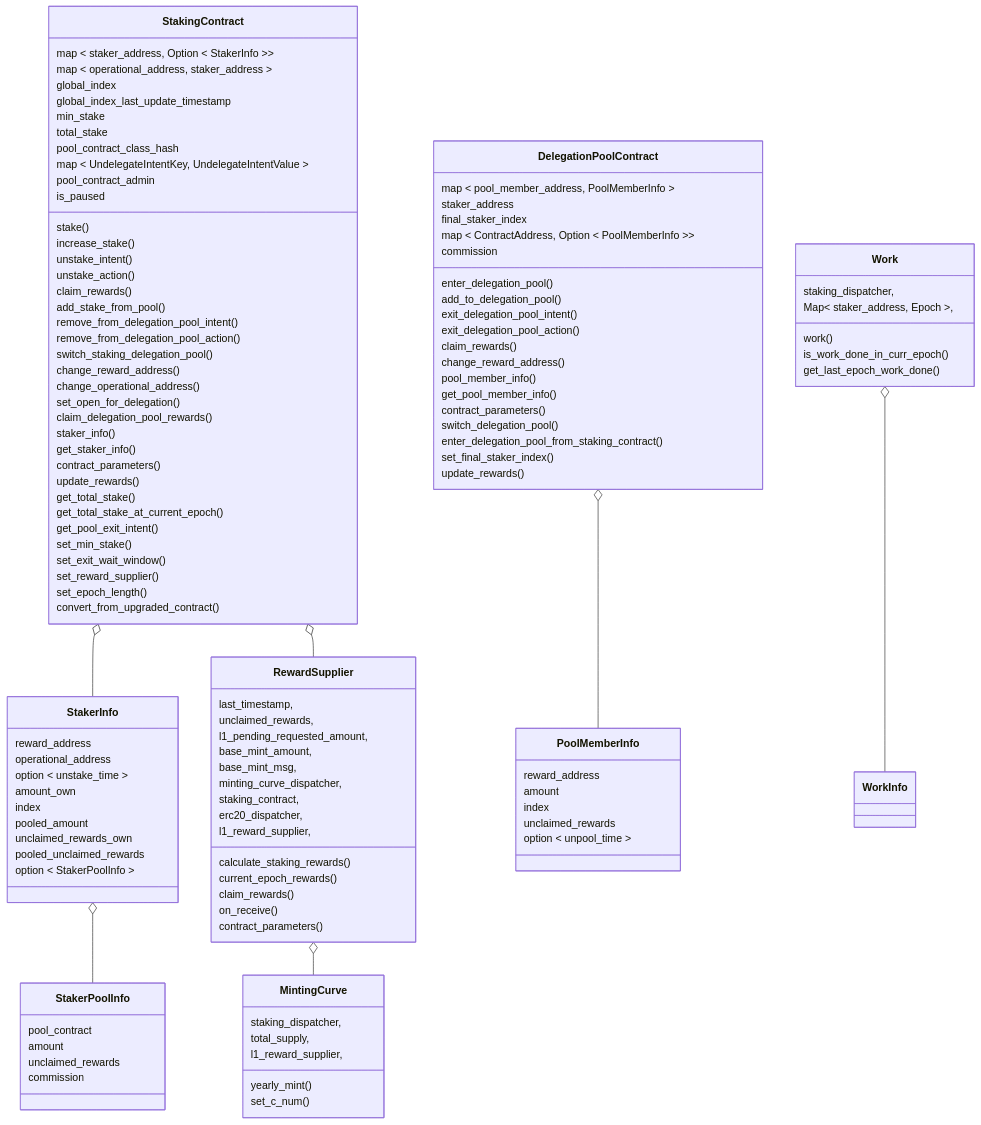
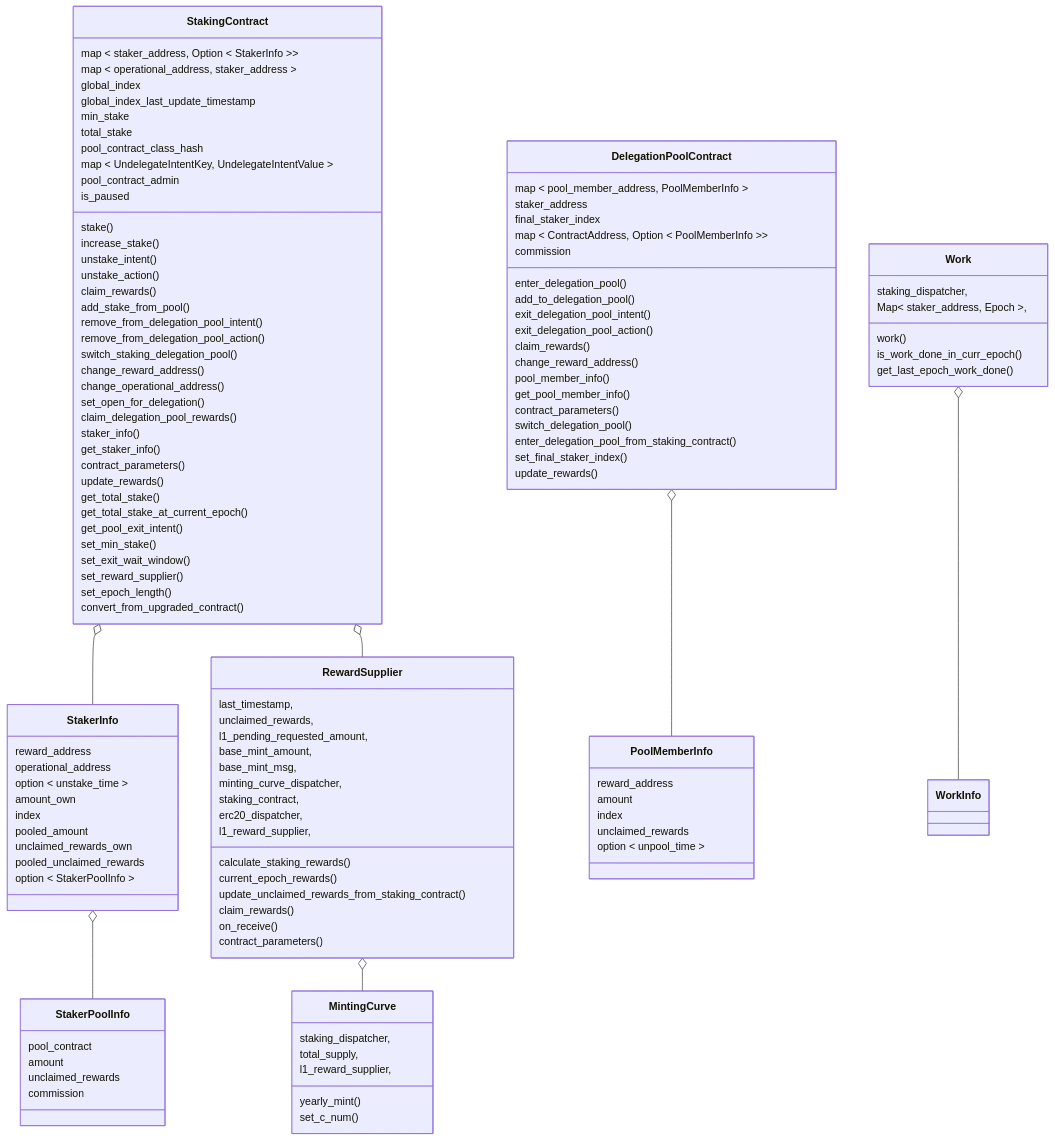
One commit to starkware-libs/starknet-staking changed the first of 8 diagrams in workspace/apps/staking/docs/spec.md. Above: the diagram before and after it, drawn with Mermaid. The commit also changed other lines of this file and 4 other files, not shown here.

Commit message:
feat(staking): update unclaimed rewards from staking contract (#3015)

```diff
--- a/workspace/apps/staking/docs/spec.md
+++ b/workspace/apps/staking/docs/spec.md
@@ -279,6 +280,7 @@
     l1_reward_supplier,
     calculate_staking_rewards()
     current_epoch_rewards()
+    update_unclaimed_rewards_from_staking_contract()
     claim_rewards()
     on_receive()
     contract_parameters()
```
